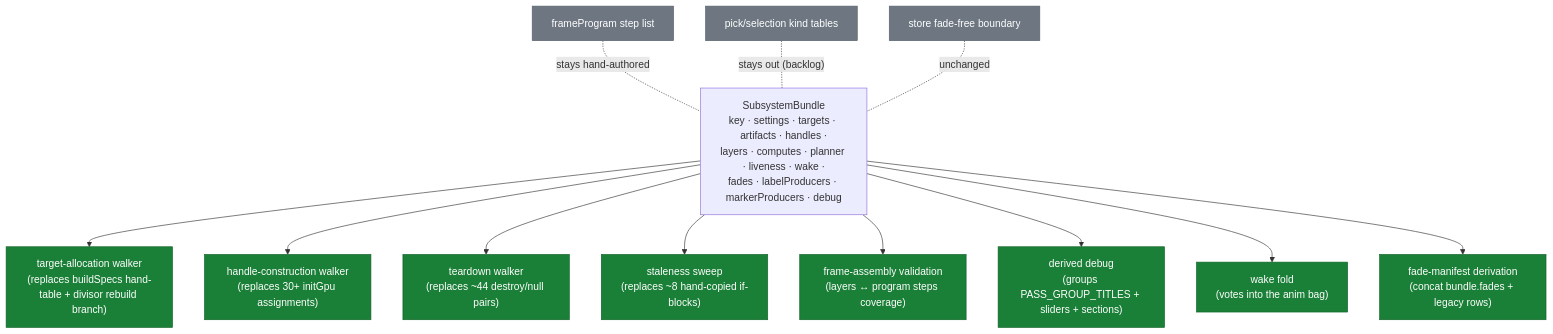
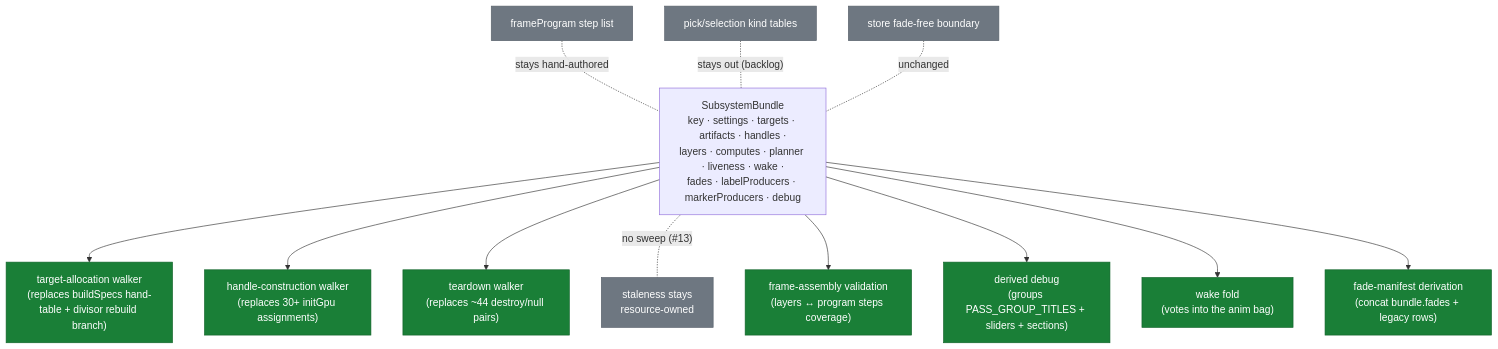
One commit to rulkens/skymap changed the fifth of 5 diagrams in docs/research/engine/current-contracts-map.md. Above: the diagram before and after it, drawn with Mermaid. The commit also changed other lines of this file and 1 other file, not shown here.

First line of the commit message:
docs(engine): decision #13 — staleness family is resource-owned; align contracts map

````diff
--- a/docs/research/engine/current-contracts-map.md
+++ b/docs/research/engine/current-contracts-map.md
@@ -223,19 +223,19 @@
 ```mermaid
 flowchart TD
     B["SubsystemBundle<br/>key · settings · targets · artifacts · handles ·<br/>layers · computes · planner · liveness · wake ·<br/>fades · labelProducers · markerProducers · debug"]
     B --> W1["target-allocation walker<br/>(replaces buildSpecs hand-table + divisor rebuild branch)"]
     B --> W2["handle-construction walker<br/>(replaces 30+ initGpu assignments)"]
     B --> W3["teardown walker<br/>(replaces ~44 destroy/null pairs)"]
-    B --> W4["staleness sweep<br/>(replaces ~8 hand-copied if-blocks)"]
+    B -. no sweep (#13) .- W4["staleness stays<br/>resource-owned"]
     B --> W5["frame-assembly validation<br/>(layers ↔ program steps coverage)"]
     B --> W6["derived debug<br/>(groups PASS_GROUP_TITLES + sliders + sections)"]
     B --> W7["wake fold<br/>(votes into the anim bag)"]
     B --> W8["fade-manifest derivation<br/>(concat bundle.fades + legacy rows)"]
     FPX["frameProgram step list"] -. stays hand-authored .- B
     PICKX["pick/selection kind tables"] -. stays out (backlog) .- B
     STOREX["store fade-free boundary"] -. unchanged .- B
     classDef good fill:#1a7f37,stroke:#116329,color:#ffffff
     classDef out fill:#6e7781,stroke:#57606a,color:#ffffff
-    class W1,W2,W3,W4,W5,W6,W7,W8 good
-    class FPX,PICKX,STOREX out
+    class W1,W2,W3,W5,W6,W7,W8 good
+    class W4,FPX,PICKX,STOREX out
 ```
````
